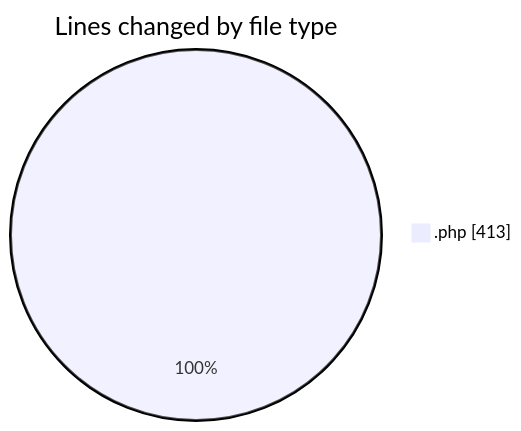
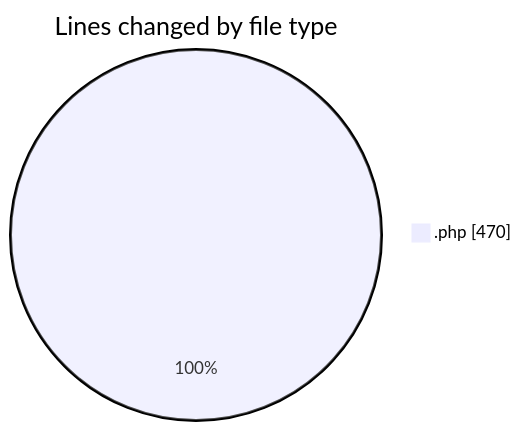
One commit to LanceThiago/code-tracking changed the first of 2 diagrams in 2025-11-06/totem/README.md. Above: the diagram before and after it, drawn with Mermaid. The commit also changed other lines of this file and 1 other file, not shown here.

````diff
--- a/2025-11-06/totem/README.md
+++ b/2025-11-06/totem/README.md
@@ -20,5 +21,5 @@
 ```mermaid
 pie showData
 title Lines changed by file type
-".php" : 413
+".php" : 470
 ```
````
